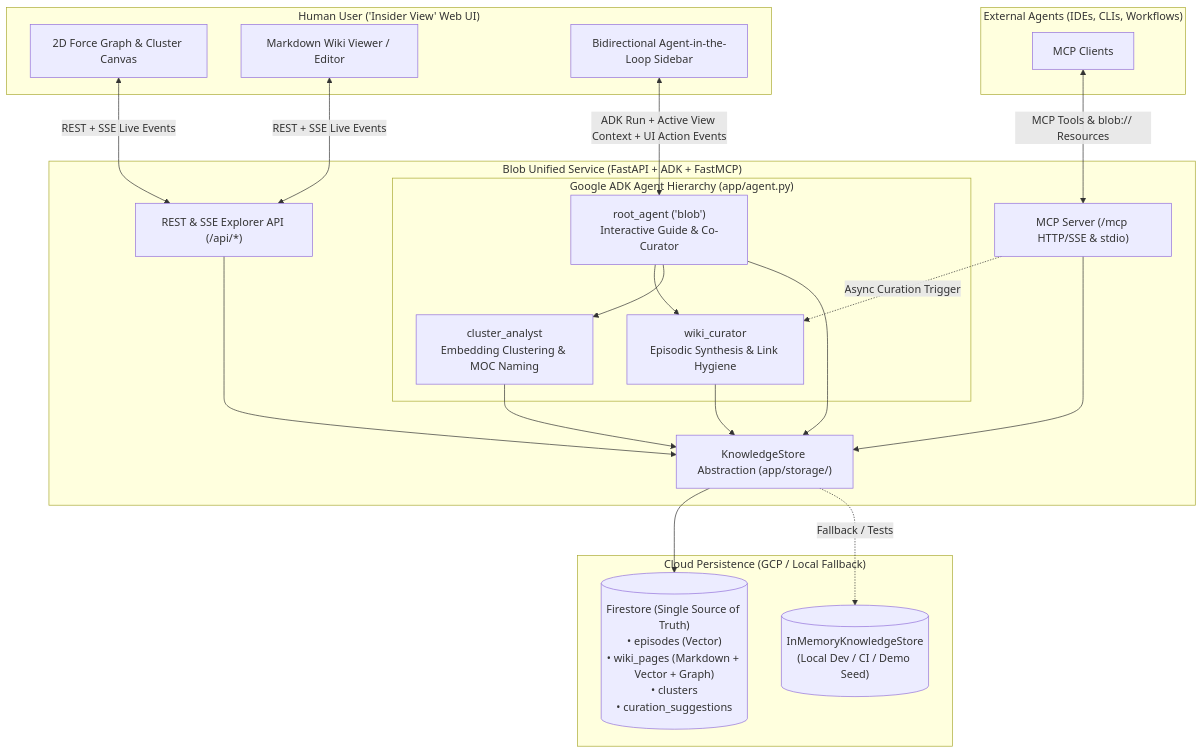
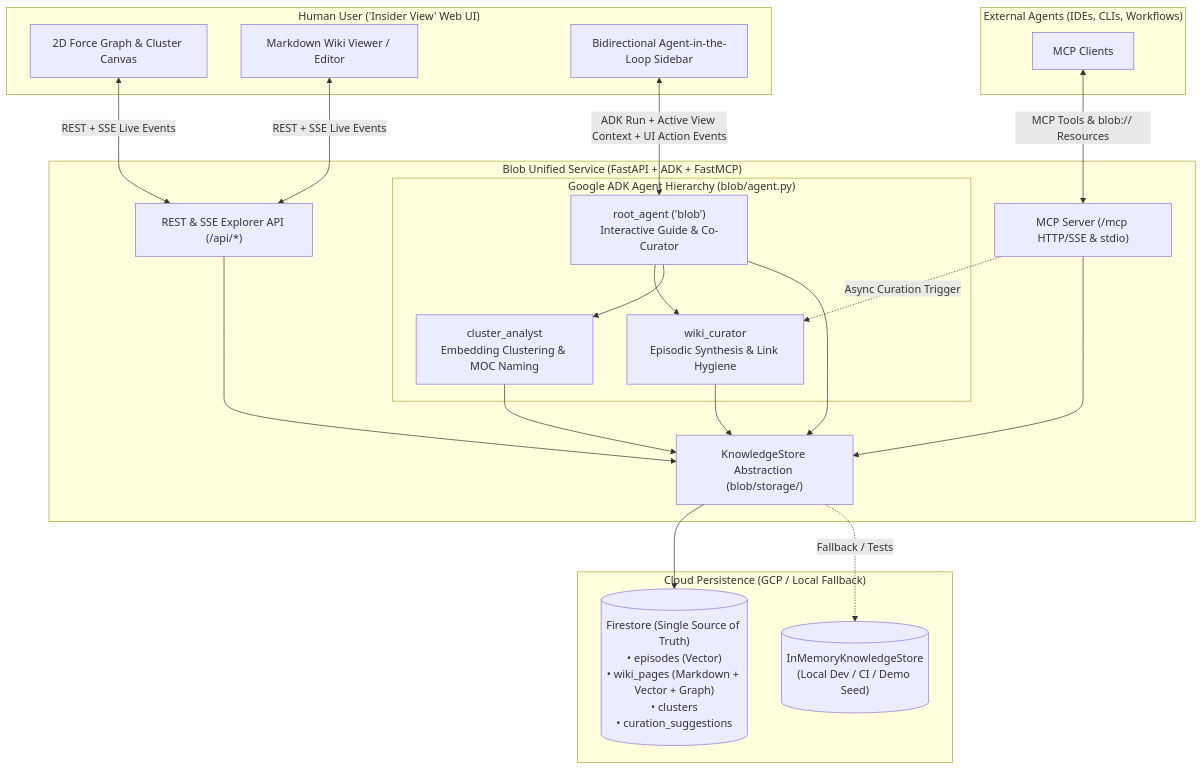
The diagram in spec/README.md (edcuba/blob), drawn with Mermaid before and after one commit. The commit also changed other lines of this file and 34 other files, not shown here.

Commit message:
Rename app/ package to blob/ and add MCP-backed demo assistant

````diff
--- a/spec/README.md
+++ b/spec/README.md
@@ -29,40 +29,40 @@
 ```mermaid
 flowchart TB
     subgraph External["External Agents (IDEs, CLIs, Workflows)"]
         EA["MCP Clients"]
     end
 
     subgraph Human["Human User ('Insider View' Web UI)"]
         UI_Graph["2D Force Graph & Cluster Canvas"]
         UI_Wiki["Markdown Wiki Viewer / Editor"]
         UI_Chat["Bidirectional Agent-in-the-Loop Sidebar"]
     end
 
     subgraph Service["Blob Unified Service (FastAPI + ADK + FastMCP)"]
         MCP["MCP Server (/mcp HTTP/SSE & stdio)"]
         API["REST & SSE Explorer API (/api/*)"]
-        subgraph Agents["Google ADK Agent Hierarchy (app/agent.py)"]
+        subgraph Agents["Google ADK Agent Hierarchy (blob/agent.py)"]
             RootAgent["root_agent ('blob')\nInteractive Guide & Co-Curator"]
             CuratorAgent["wiki_curator\nEpisodic Synthesis & Link Hygiene"]
             ClusterAgent["cluster_analyst\nEmbedding Clustering & MOC Naming"]
             RootAgent --> CuratorAgent
             RootAgent --> ClusterAgent
         end
-        Store["KnowledgeStore Abstraction (app/storage/)"]
+        Store["KnowledgeStore Abstraction (blob/storage/)"]
     end
 
     subgraph GCP["Cloud Persistence (GCP / Local Fallback)"]
         FS[("Firestore (Single Source of Truth)\n• episodes (Vector)\n• wiki_pages (Markdown + Vector + Graph)\n• clusters\n• curation_suggestions")]
         Mem[("InMemoryKnowledgeStore\n(Local Dev / CI / Demo Seed)")]
     end
 
     EA <-->|"MCP Tools & blob:// Resources"| MCP
     UI_Graph & UI_Wiki <-->|"REST + SSE Live Events"| API
     UI_Chat <-->|"ADK Run + Active View Context + UI Action Events"| RootAgent
     MCP --> Store
     MCP -.->|"Async Curation Trigger"| CuratorAgent
     API --> Store
     RootAgent & CuratorAgent & ClusterAgent --> Store
     Store --> FS
     Store -.->|"Fallback / Tests"| Mem
 ```
````
